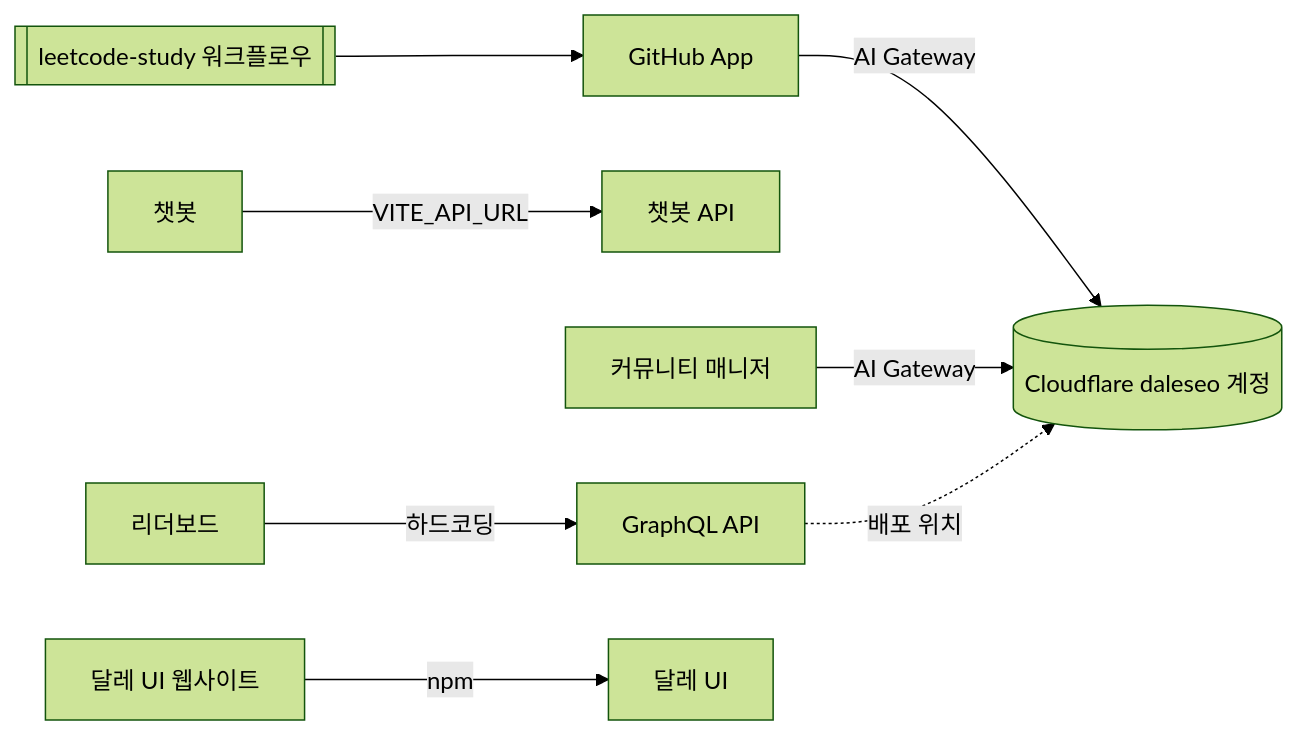
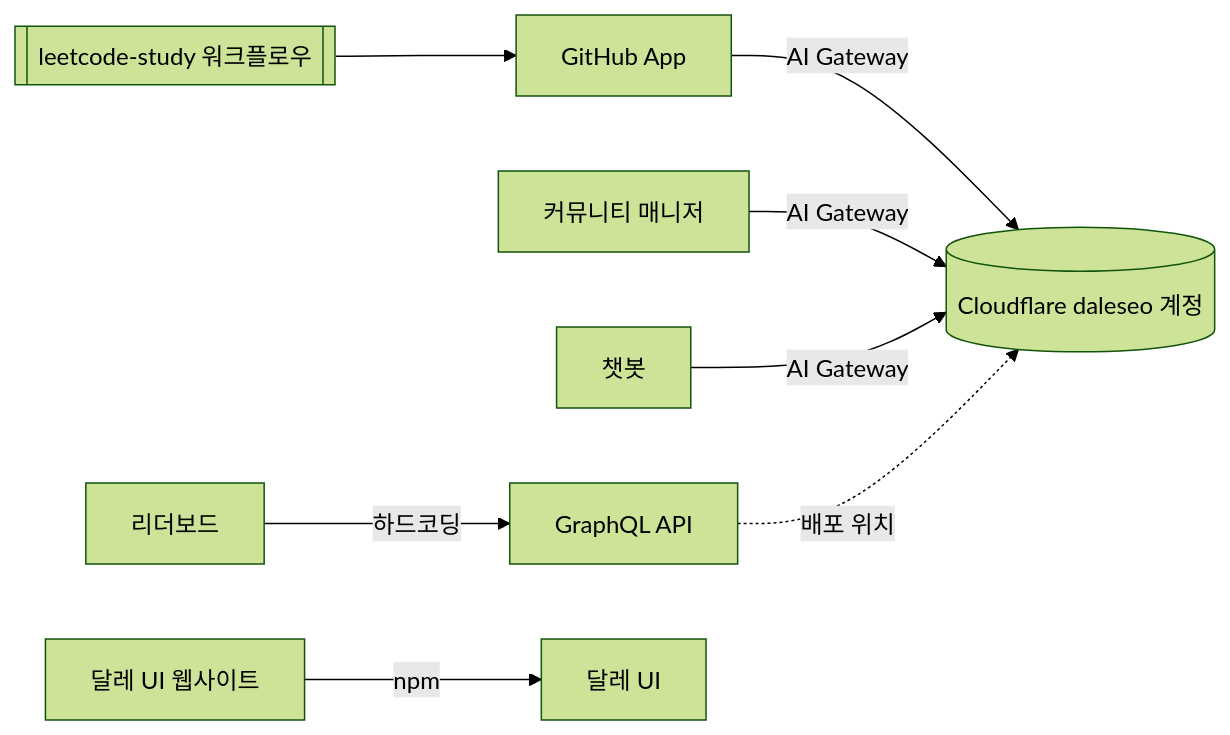
The diagram in DEPLOYMENTS.md (DaleStudy/DaleStudy), drawn with Mermaid (forest theme) before and after one commit. The commit also changed other lines of this file and 1 other file, not shown here.

````diff
--- a/DEPLOYMENTS.md
+++ b/DEPLOYMENTS.md
@@ -30,10 +43,10 @@
 ```mermaid
 flowchart LR
   leaderboard[리더보드] -->|하드코딩| graphql[GraphQL API]
-  chat[챗봇] -->|VITE_API_URL| chat-backend[챗봇 API]
   leetcode-study[[leetcode-study 워크플로우]] --> github-app[GitHub App]
   github-app -->|AI Gateway| cf-daleseo[(Cloudflare daleseo 계정)]
   community-manager[커뮤니티 매니저] -->|AI Gateway| cf-daleseo
+  chat[챗봇] -->|AI Gateway| cf-daleseo
   graphql -.->|배포 위치| cf-daleseo
   daleui-site[달레 UI 웹사이트] -->|npm| daleui[달레 UI]
 ```
````
